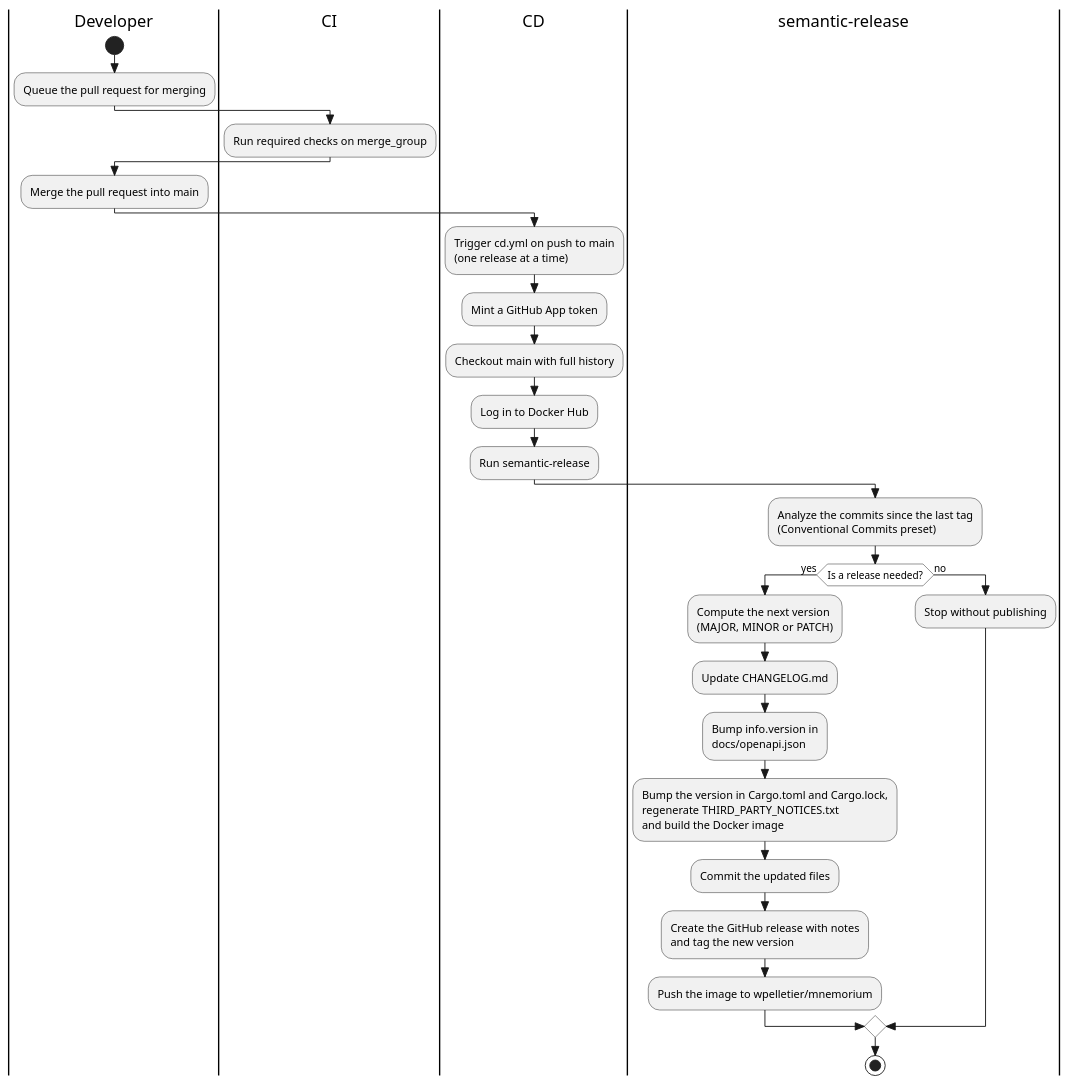
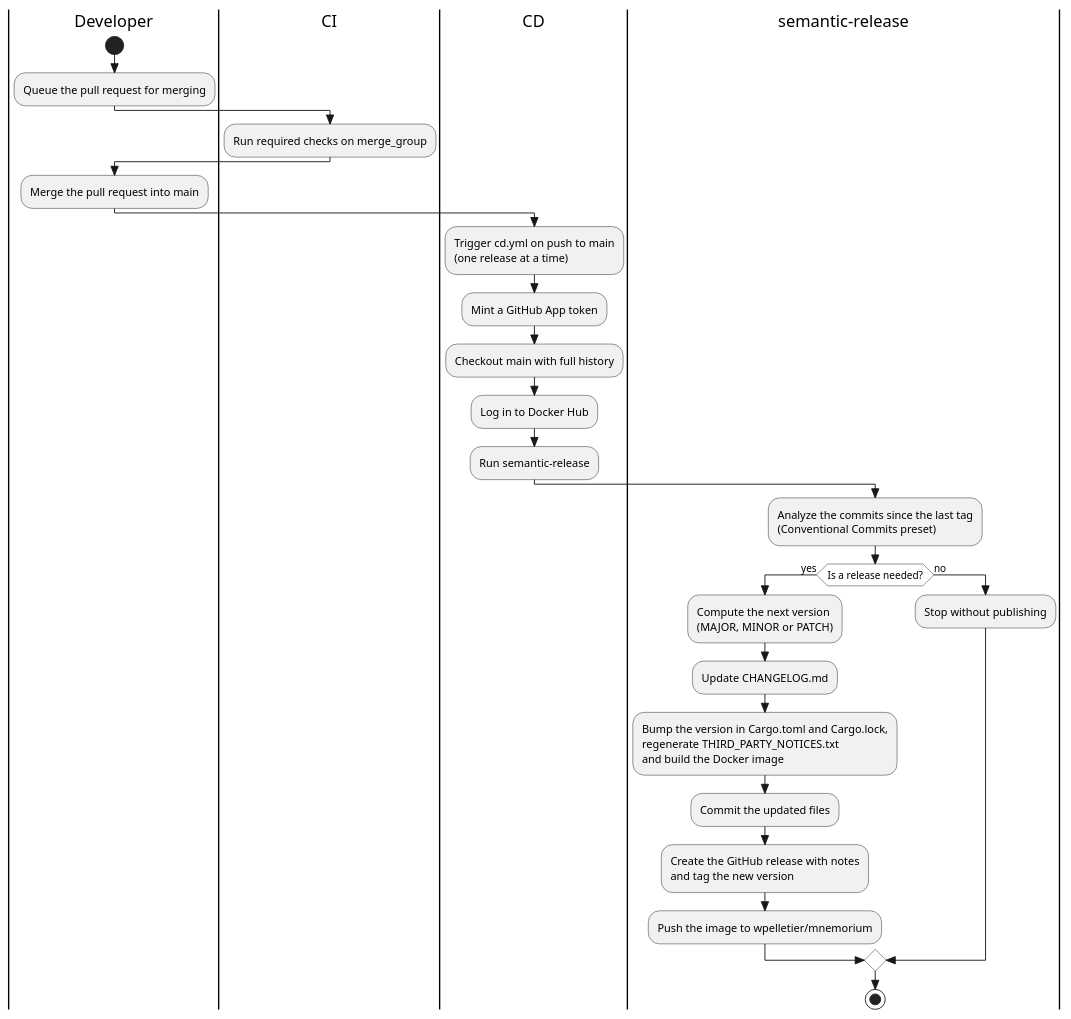
The second of 2 diagrams in docs/development/Overview.md (Mnemorium/mnemorium), drawn with PlantUML before and after one commit. The commit also changed other lines of this file and 76 other files, not shown here.

````diff
--- a/docs/development/Overview.md
+++ b/docs/development/Overview.md
@@ -524,38 +521,37 @@
 ```puml
 @startuml
 skinparam style strictuml
 skinparam activityDiamondBackgroundColor #FFFFFF
 
 |Developer|
 start
 :Queue the pull request for merging;
 
 |CI|
 :Run required checks on merge_group;
 
 |Developer|
 :Merge the pull request into main;
 
 |CD|
 :Trigger cd.yml on push to main\n(one release at a time);
 :Mint a GitHub App token;
 :Checkout main with full history;
 :Log in to Docker Hub;
 :Run semantic-release;
 
 |semantic-release|
 :Analyze the commits since the last tag\n(Conventional Commits preset);
 if (Is a release needed?) then (yes)
   :Compute the next version\n(MAJOR, MINOR or PATCH);
   :Update CHANGELOG.md;
-  :Bump info.version in\ndocs/openapi.json;
   :Bump the version in Cargo.toml and Cargo.lock,\nregenerate THIRD_PARTY_NOTICES.txt\nand build the Docker image;
   :Commit the updated files;
   :Create the GitHub release with notes\nand tag the new version;
   :Push the image to wpelletier/mnemorium;
 else (no)
   :Stop without publishing;
 endif
 stop
 @enduml
 ```
````
